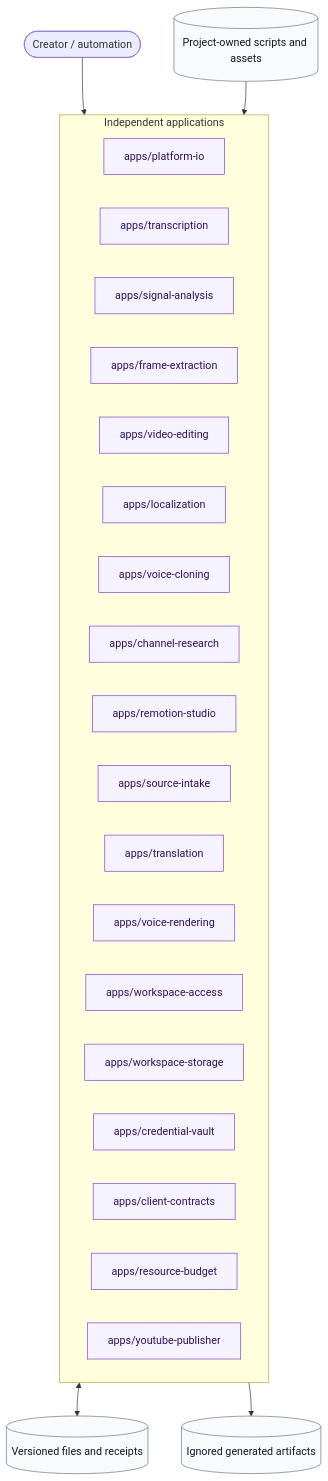
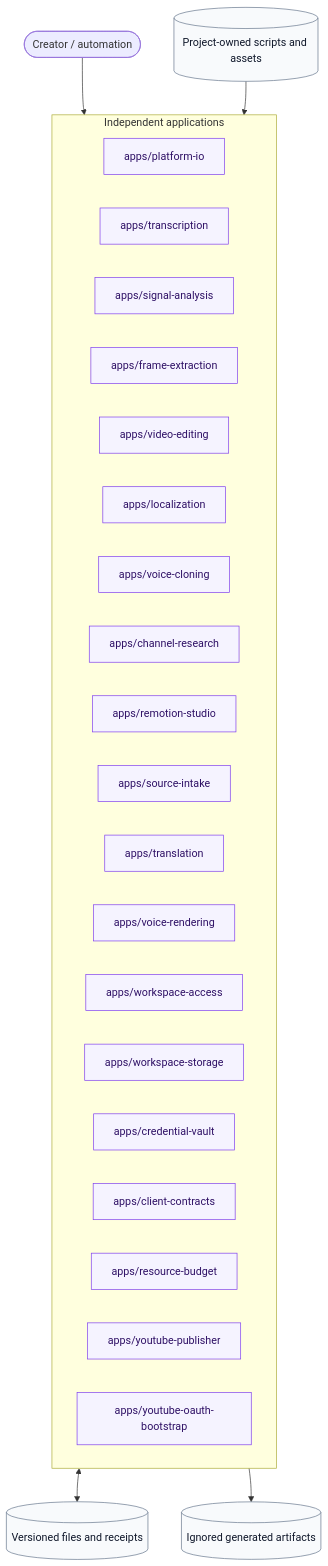
One commit to wohuishuo/cc-video-pipeline changed the second of 2 diagrams in README.md. Above: the diagram before and after it, drawn with Mermaid. The commit also changed other lines of this file and 42 other files, not shown here.

Commit message:
feat: add YouTube OAuth bootstrap Graph

````diff
--- a/README.md
+++ b/README.md
@@ -82,37 +84,38 @@
 ```mermaid
 flowchart TB
     user([Creator / automation])
     subgraph apps[Independent applications]
       A[apps/platform-io]
       B[apps/transcription]
       C[apps/signal-analysis]
       D[apps/frame-extraction]
       E[apps/video-editing]
       F[apps/localization]
       G[apps/voice-cloning]
       H[apps/channel-research]
       I[apps/remotion-studio]
       J[apps/source-intake]
       K[apps/translation]
       L[apps/voice-rendering]
       M[apps/workspace-access]
       N[apps/workspace-storage]
       O[apps/credential-vault]
       P[apps/client-contracts]
       Q[apps/resource-budget]
       R[apps/youtube-publisher]
+      S[apps/youtube-oauth-bootstrap]
     end
     contracts[(Versioned files and receipts)]
     projects[(Project-owned scripts and assets)]
     outputs[(Ignored generated artifacts)]
 
     user --> apps
     apps <--> contracts
     projects --> apps
     apps --> outputs
 
     classDef boundary fill:#f5f3ff,stroke:#7c3aed,color:#2e1065;
     classDef data fill:#f8fafc,stroke:#64748b,color:#0f172a;
-    class A,B,C,D,E,F,G,H,I,J,K,L,M,N,O,P,Q,R boundary;
+    class A,B,C,D,E,F,G,H,I,J,K,L,M,N,O,P,Q,R,S boundary;
     class contracts,projects,outputs data;
 ```
````
